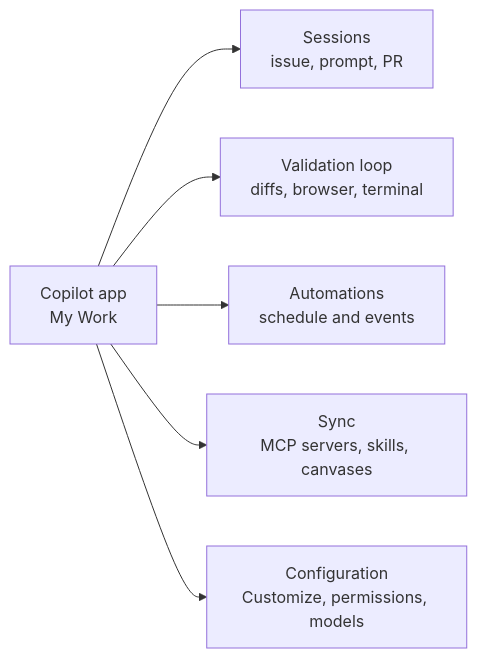
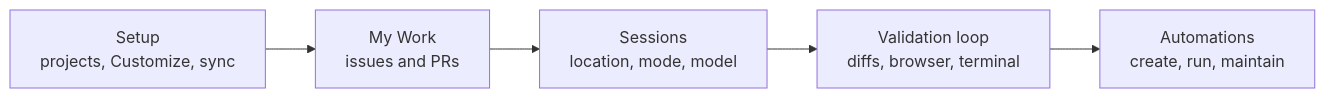
One commit to alexander-kastil/agentic-sw-engineering changed the diagram in demos/06-copilot-app/01-overview/readme.md. Above: the diagram before and after it, drawn with Mermaid. The commit also changed other lines of this file and 46 other files, not shown here.

First line of the commit message:
Restructure module 06 along the flow of use and expand automations

````diff
--- a/demos/06-copilot-app/01-overview/readme.md
+++ b/demos/06-copilot-app/01-overview/readme.md
@@ -35,8 +46,7 @@
 ```mermaid
 flowchart LR
-    A["Copilot app<br/>My Work"] --> B["Sessions<br/>issue, prompt, PR"]
-    A --> C["Validation loop<br/>diffs, browser, terminal"]
-    A --> D["Automations<br/>schedule and events"]
-    A --> E["Sync<br/>MCP servers, skills, canvases"]
-    A --> F["Configuration<br/>Customize, permissions, models"]
+    A["Setup<br/>projects, Customize, sync"] --> B["My Work<br/>issues and PRs"]
+    B --> C["Sessions<br/>location, mode, model"]
+    C --> D["Validation loop<br/>diffs, browser, terminal"]
+    D --> E["Automations<br/>create, run, maintain"]
 ```
````
